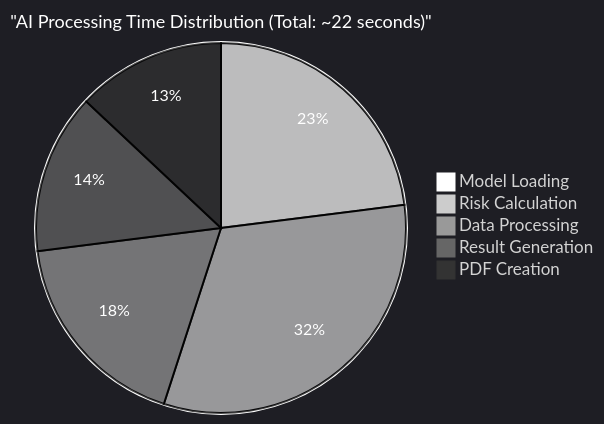
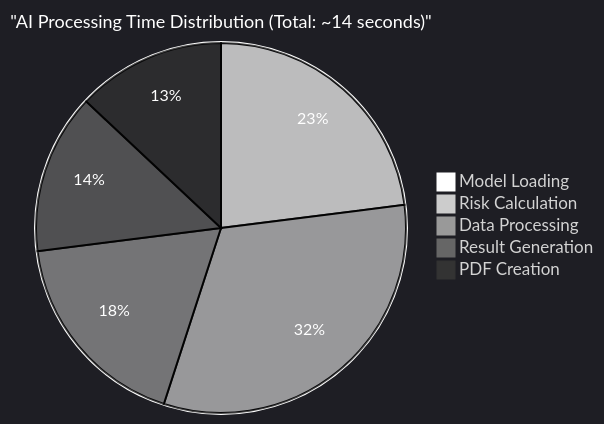
The seventh of 11 diagrams in README.md (Ping-2o/daryn), drawn with Mermaid before and after one commit.

Commit message:
Update processing time in README.md

````diff
--- a/README.md
+++ b/README.md
@@ -310,9 +310,9 @@
 ```mermaid
 %%{init: {'theme':'dark', 'themeVariables': {'pie1':'#ffffff', 'pie2':'#cccccc', 'pie3':'#999999', 'pie4':'#666666', 'pie5':'#333333', 'pieTitleTextSize':'18px', 'pieTitleTextColor':'#ffffff', 'pieSectionTextSize':'16px', 'pieSectionTextColor':'#ffffff', 'pieOuterStrokeWidth':'2px', 'pieOuterStrokeColor':'#ffffff'}}}%%
-pie title "AI Processing Time Distribution (Total: ~22 seconds)"
+pie title "AI Processing Time Distribution (Total: ~14 seconds)"
     "Model Loading" : 23
     "Risk Calculation" : 32
     "Data Processing" : 18
     "Result Generation" : 14
     "PDF Creation" : 13
 ```
````
